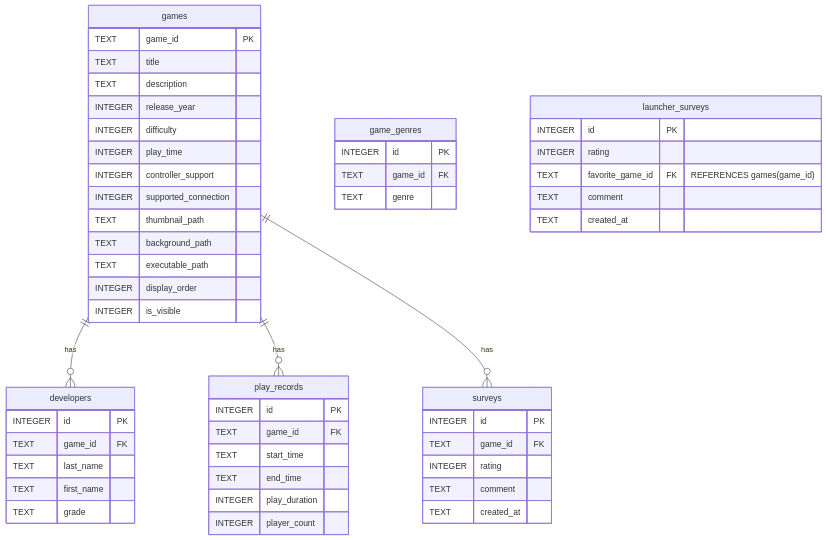
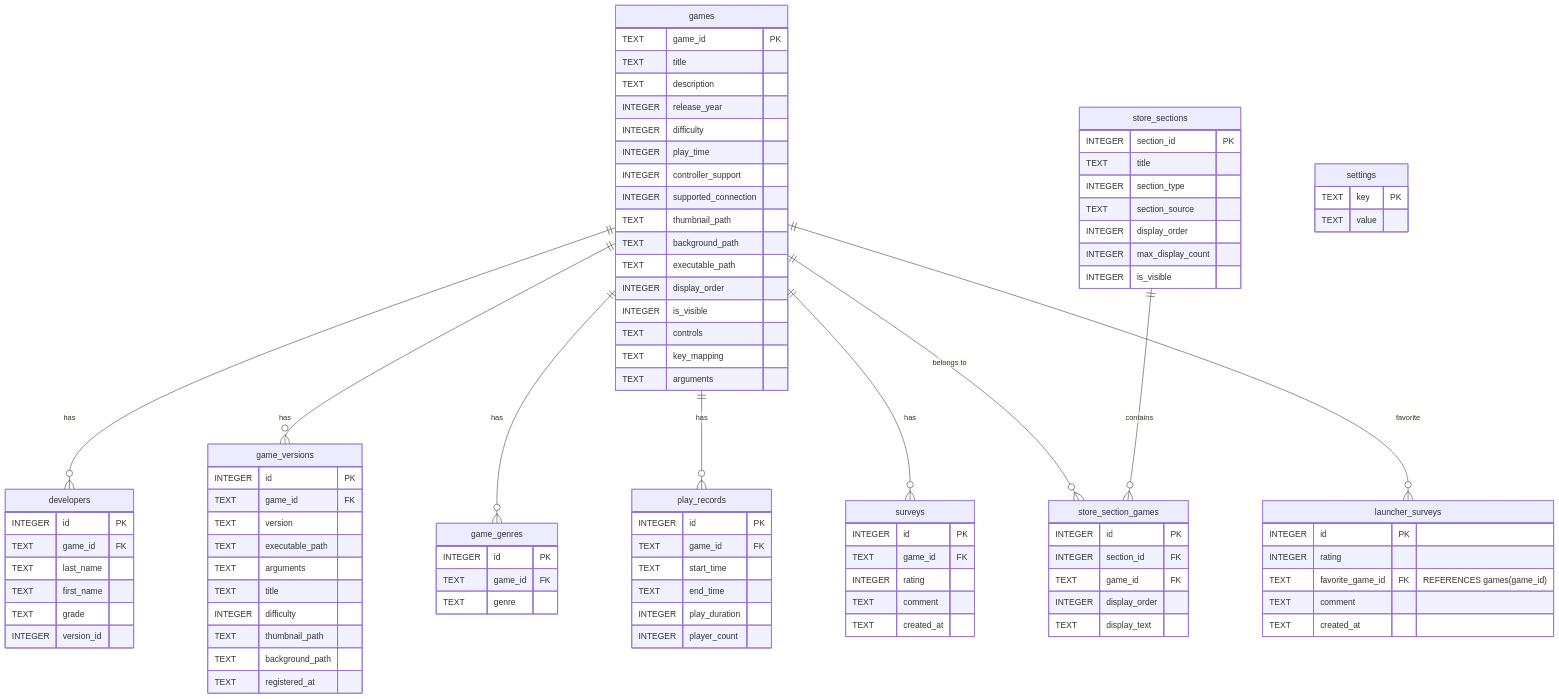
One commit to ken1208git/TonePrism changed the second of 2 diagrams in SPECIFICATION.md. Above: the diagram before and after it, drawn with Mermaid. The commit also changed other lines of this file and 1 other file, not shown here.

````diff
--- a/SPECIFICATION.md
+++ b/SPECIFICATION.md
@@ -1440,8 +1536,13 @@
 ```mermaid
 erDiagram
     games ||--o{ developers : "has"
+    games ||--o{ game_versions : "has"
+    games ||--o{ game_genres : "has"
     games ||--o{ play_records : "has"
     games ||--o{ surveys : "has"
+    games ||--o{ store_section_games : "belongs to"
+    games ||--o{ launcher_surveys : "favorite"
+    store_sections ||--o{ store_section_games : "contains"
     games {
         TEXT game_id PK
         TEXT title
@@ -1456,6 +1557,21 @@
         TEXT executable_path
         INTEGER display_order
         INTEGER is_visible
+        TEXT controls
+        TEXT key_mapping
+        TEXT arguments
+    }
+    game_versions {
+        INTEGER id PK
+        TEXT game_id FK
+        TEXT version
+        TEXT executable_path
+        TEXT arguments
+        TEXT title
+        INTEGER difficulty
+        TEXT thumbnail_path
+        TEXT background_path
+        TEXT registered_at
     }
     developers {
         INTEGER id PK
@@ -1463,6 +1579,12 @@
         TEXT last_name
         TEXT first_name
         TEXT grade
+        INTEGER version_id
+    }
+    game_genres {
+        INTEGER id PK
+        TEXT game_id FK
+        TEXT genre
     }
     play_records {
         INTEGER id PK
@@ -1472,17 +1594,32 @@
         INTEGER play_duration
         INTEGER player_count
     }
-    game_genres {
-        INTEGER id PK
-        TEXT game_id FK
-        TEXT genre
-    }
     surveys {
         INTEGER id PK
         TEXT game_id FK
         INTEGER rating
         TEXT comment
         TEXT created_at
+    }
+    settings {
+        TEXT key PK
+        TEXT value
+    }
+    store_sections {
+        INTEGER section_id PK
+        TEXT title
+        INTEGER section_type
+        TEXT section_source
+        INTEGER display_order
+        INTEGER max_display_count
+        INTEGER is_visible
+    }
+    store_section_games {
+        INTEGER id PK
+        INTEGER section_id FK
+        TEXT game_id FK
+        INTEGER display_order
+        TEXT display_text
     }
     launcher_surveys {
         INTEGER id PK
````
